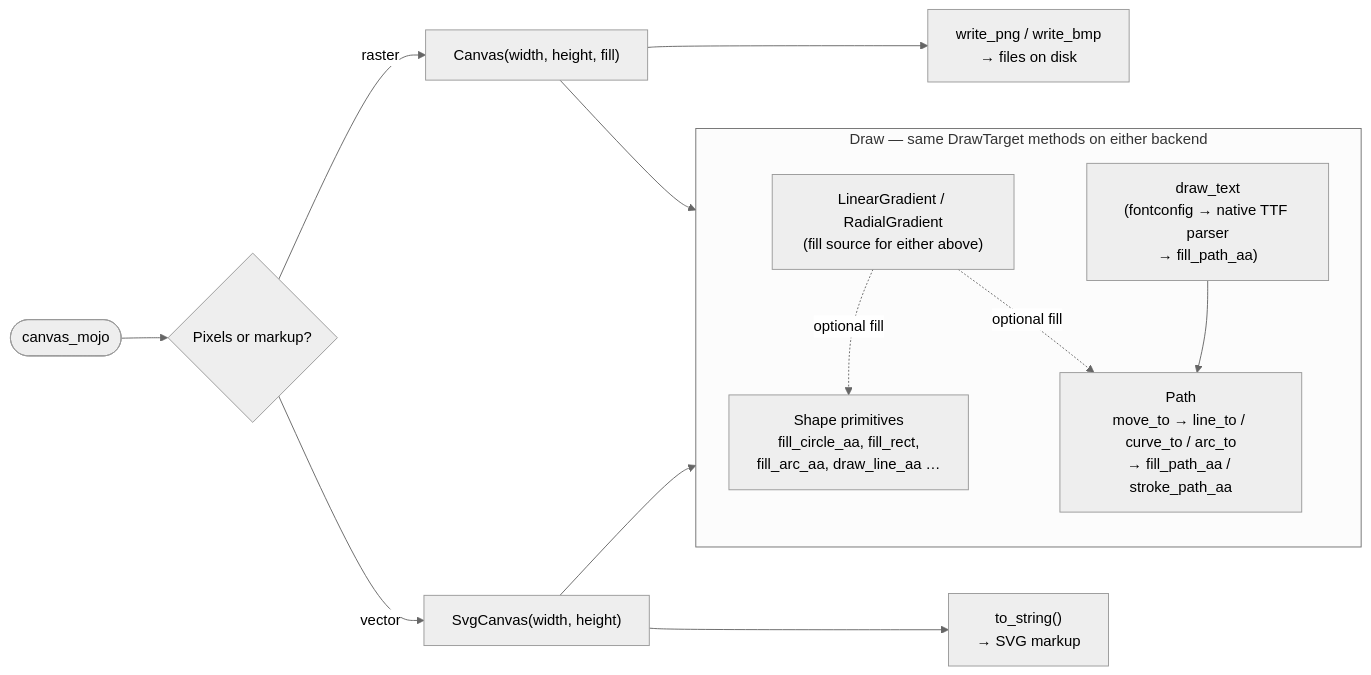
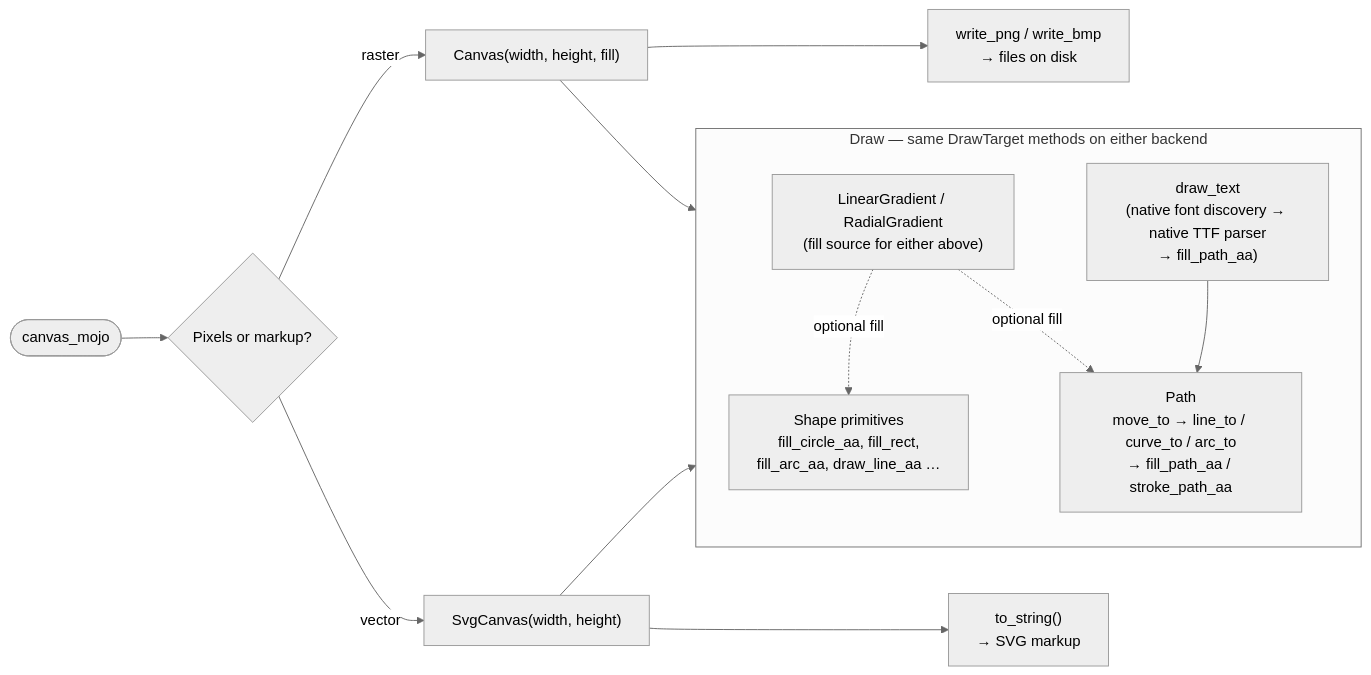
The diagram in README.md (randyzwitch/canvas_mojo), drawn with Mermaid (neutral theme) before and after one commit. The commit also changed other lines of this file and 20 other files, not shown here.

First line of the commit message:
feat: reimplement font discovery natively, dropping libfontconfig

````diff
--- a/README.md
+++ b/README.md
@@ -66,25 +66,25 @@
 ```mermaid
 flowchart LR
     Start(["canvas_mojo"]) --> Pick{"Pixels or markup?"}
 
     Pick -->|"raster"| Canvas["Canvas(width, height, fill)"]
     Pick -->|"vector"| Svg["SvgCanvas(width, height)"]
 
     Canvas --> Draw
     Svg --> Draw
 
     subgraph Draw["Draw — same DrawTarget methods on either backend"]
         direction TB
         Prim["Shape primitives<br/>fill_circle_aa, fill_rect,<br/>fill_arc_aa, draw_line_aa …"]
         PathAPI["Path<br/>move_to → line_to / curve_to / arc_to<br/>→ fill_path_aa / stroke_path_aa"]
-        Text["draw_text<br/>(fontconfig → native TTF parser<br/>→ fill_path_aa)"]
+        Text["draw_text<br/>(native font discovery → native TTF parser<br/>→ fill_path_aa)"]
         Grad["LinearGradient / RadialGradient<br/>(fill source for either above)"]
 
         Text --> PathAPI
         Grad -.->|"optional fill"| Prim
         Grad -.->|"optional fill"| PathAPI
     end
 
     Canvas --> Png["write_png / write_bmp<br/>→ files on disk"]
     Svg --> Str["to_string()<br/>→ SVG markup"]
 ```
````
